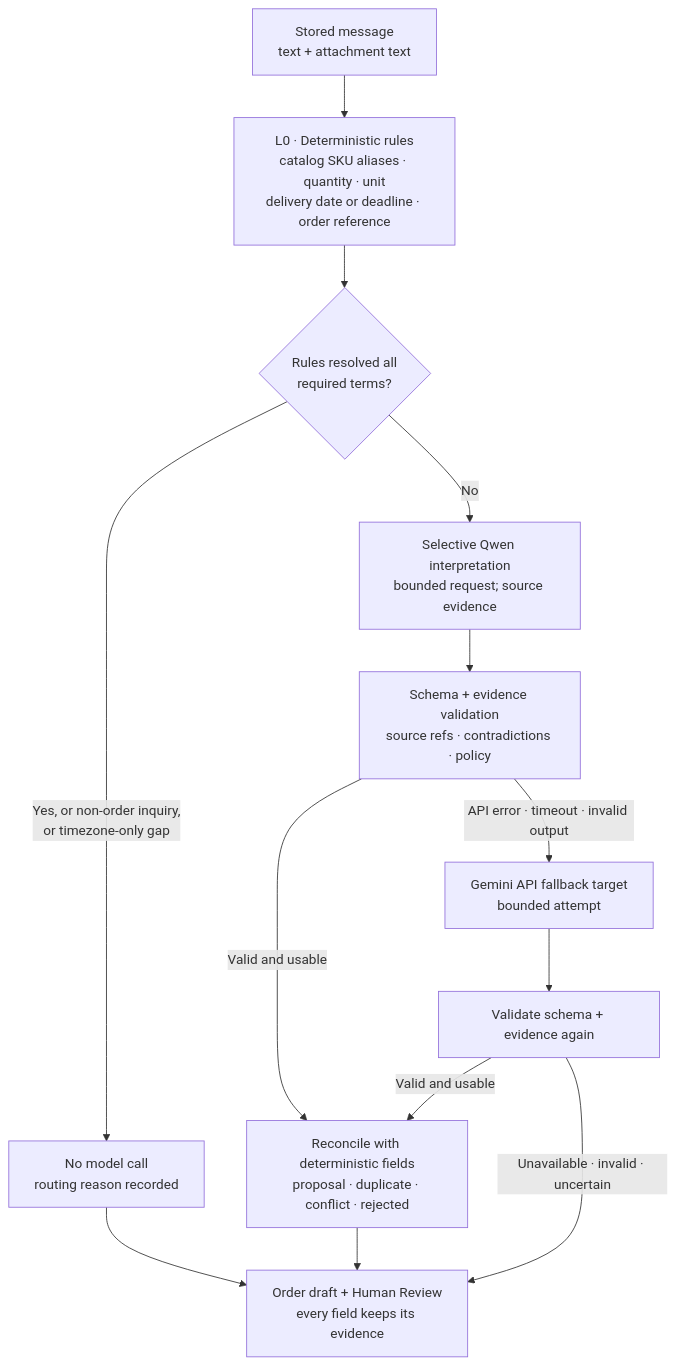
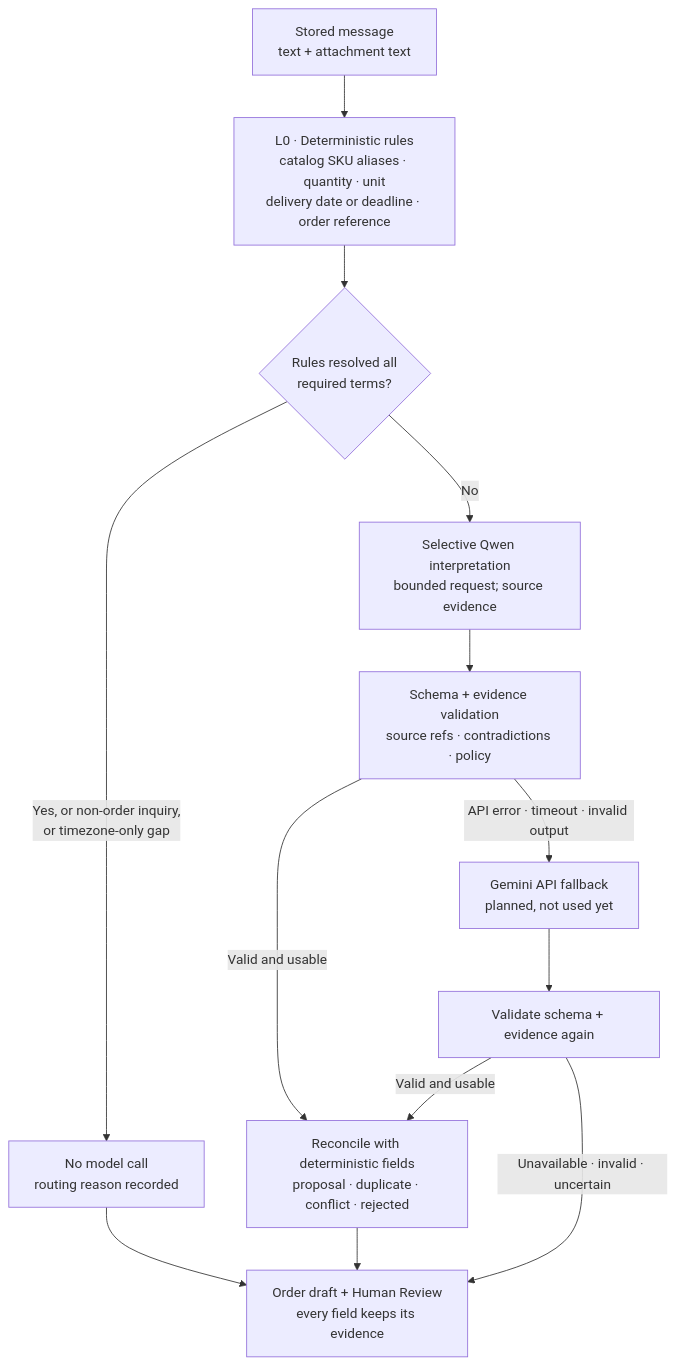
The fourth of 8 diagrams in README.md (jiahui-1101/MouManTAI), drawn with Mermaid before and after one commit. The commit also changed other lines of this file, not shown here.

````diff
--- a/README.md
+++ b/README.md
@@ -314,15 +314,15 @@
 ```mermaid
 flowchart TD
     IN["Stored message<br/>text + attachment text"] --> L0["L0 · Deterministic rules<br/>catalog SKU aliases · quantity · unit<br/>delivery date or deadline · order reference"]
     L0 --> Q0{"Rules resolved all<br/>required terms?"}
     Q0 -- "Yes, or non-order inquiry,<br/>or timezone-only gap" --> NOAI["No model call<br/>routing reason recorded"]
     Q0 -- "No" --> QWEN["Selective Qwen interpretation<br/>bounded request; source evidence"]
     QWEN --> VQ["Schema + evidence validation<br/>source refs · contradictions · policy"]
     VQ -- "Valid and usable" --> RECON["Reconcile with deterministic fields<br/>proposal · duplicate · conflict · rejected"]
-    VQ -- "API error · timeout · invalid output" --> GEM["Gemini API fallback target<br/>bounded attempt"]
+    VQ -- "API error · timeout · invalid output" --> GEM["Gemini API fallback<br/>planned, not used yet"]
     GEM --> VG["Validate schema + evidence again"]
     VG -- "Valid and usable" --> RECON
     VG -- "Unavailable · invalid · uncertain" --> HR
     NOAI --> HR["Order draft + Human Review<br/>every field keeps its evidence"]
     RECON --> HR
 ```
````
